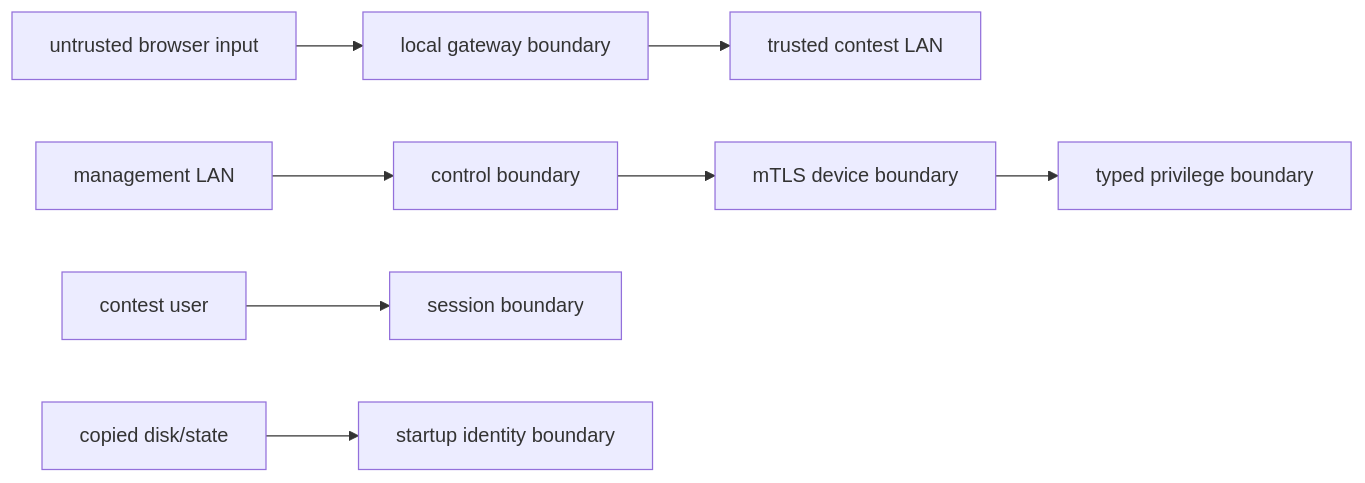
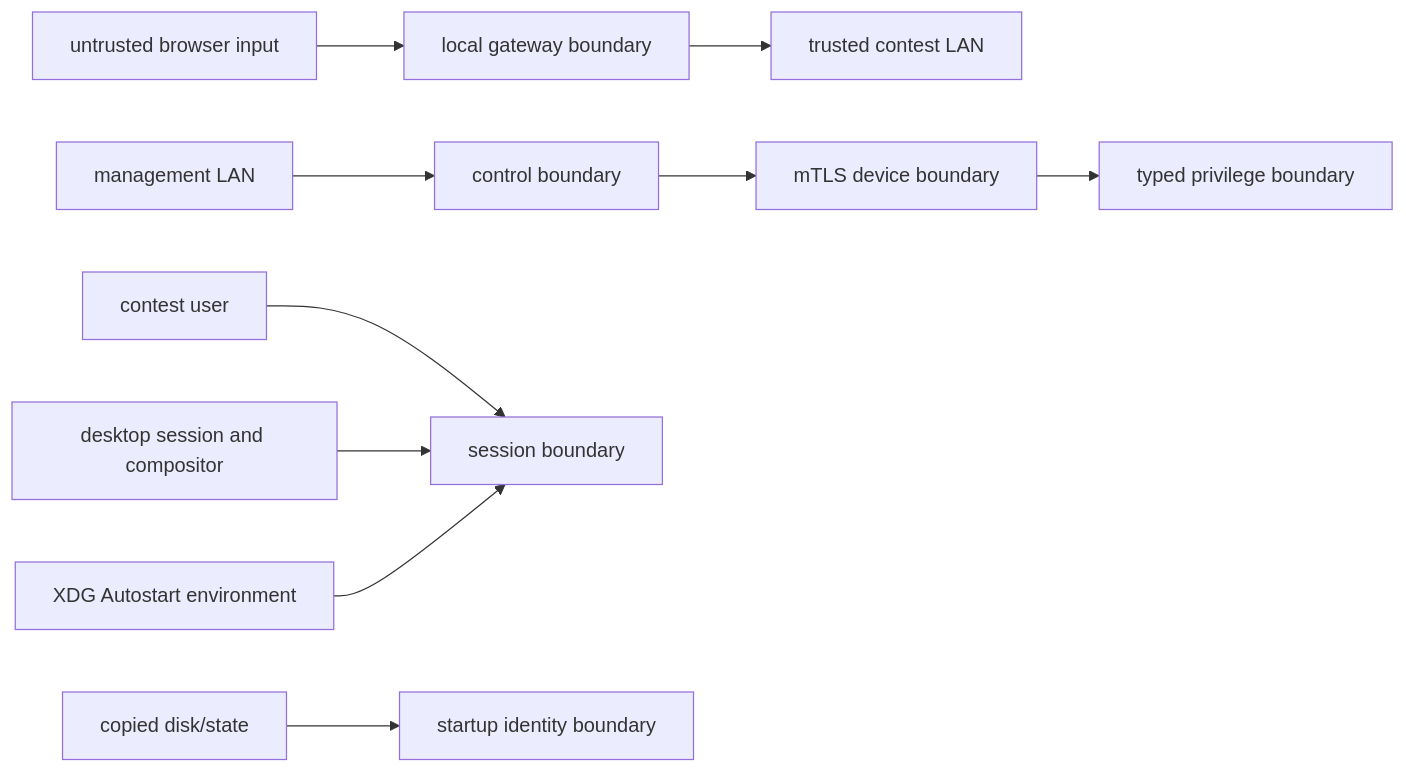
Diagram 22 of 22 in docs/v2-design.md (4o3F/Natsume), drawn with Mermaid before and after one commit. The commit also changed other lines of this file and 46 other files, not shown here.

First line of the commit message:
docs(architecture): adopt v2.7 design baseline

````diff
--- a/docs/v2-design.md
+++ b/docs/v2-design.md
@@ -2779,10 +3050,12 @@
 ```mermaid
 flowchart LR
     Browser["untrusted browser input"] --> Caddy["local gateway boundary"]
     Caddy --> DOM["trusted contest LAN"]
     Internetish["management LAN"] --> Server["control boundary"]
     Server --> Daemon["mTLS device boundary"]
     Daemon --> Helper["typed privilege boundary"]
     Contest["contest user"] --> Agent["session boundary"]
+    Desktop["desktop session and compositor"] --> Agent
+    Autostart["XDG Autostart environment"] --> Agent
     Disk["copied disk/state"] --> Identity["startup identity boundary"]
 ```
````
